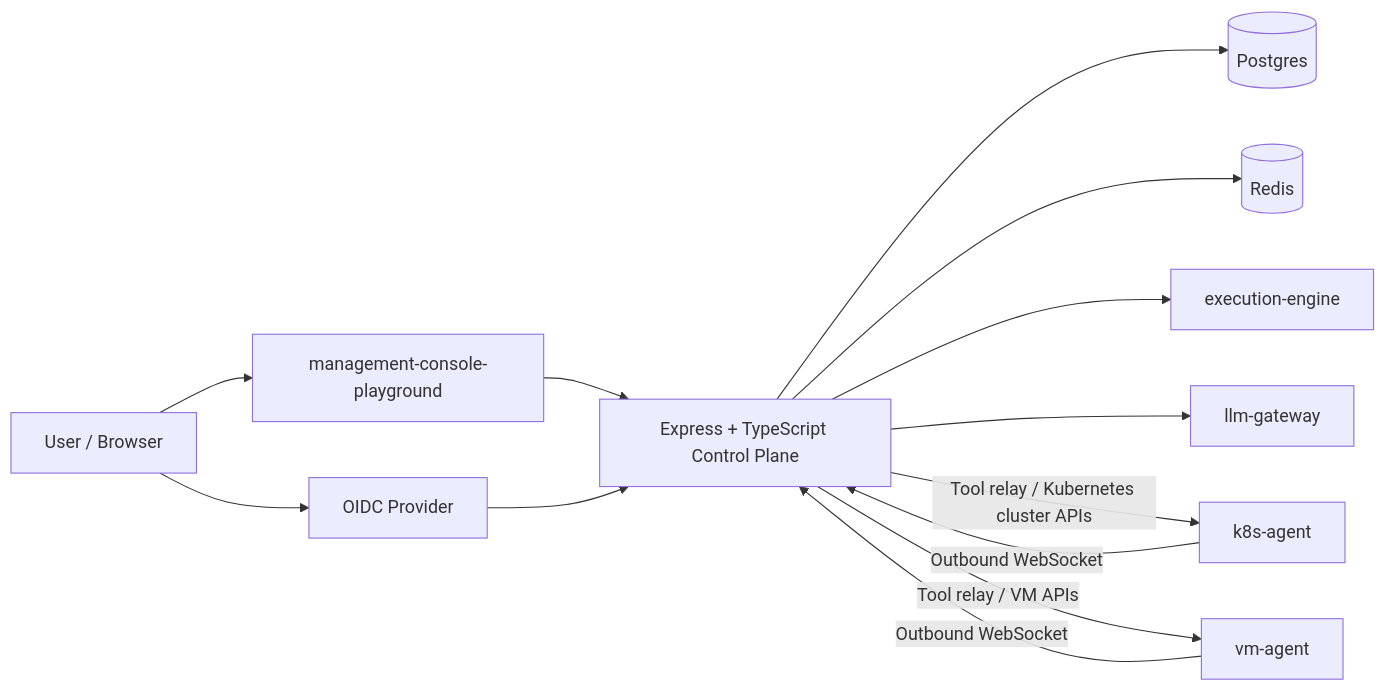
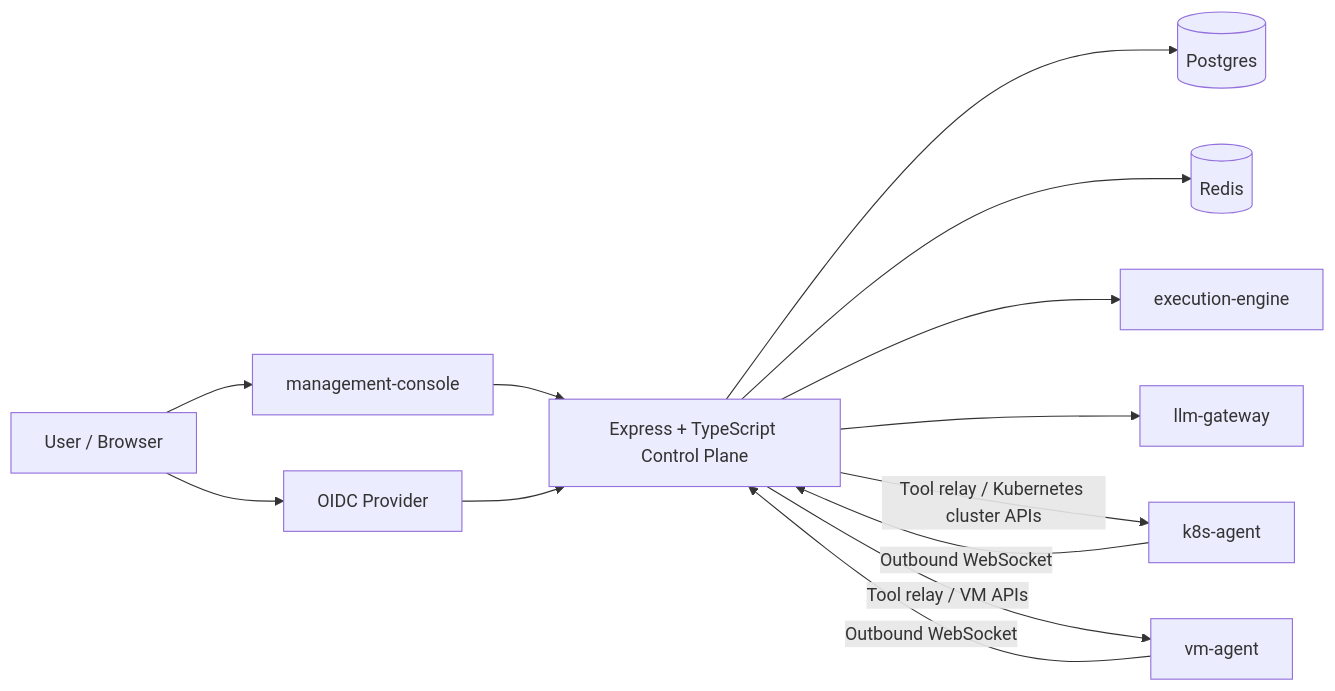
Before and after one commit to acornops/control-plane: the first of 2 diagrams in ARCHITECTURE.md, drawn with Mermaid. The commit also changed other lines of this file and 1 other file, not shown here.

Commit message:
docs: update repository references

````diff
--- a/ARCHITECTURE.md
+++ b/ARCHITECTURE.md
@@ -16,26 +16,26 @@
 ```mermaid
 flowchart LR
     User[User / Browser]
-    UI[management-console-playground]
+    UI[management-console]
     OIDC[OIDC Provider]
     CP[Express + TypeScript Control Plane]
     DB[(Postgres)]
     Redis[(Redis)]
     EE[execution-engine]
     Agent[k8s-agent]
     VMAgent[vm-agent]
     GW[llm-gateway]
 
     User --> UI
     UI --> CP
     User --> OIDC
     OIDC --> CP
     CP --> DB
     CP --> Redis
     CP --> EE
     CP --> GW
     Agent -->|Outbound WebSocket| CP
     CP -->|Tool relay / Kubernetes cluster APIs| Agent
     VMAgent -->|Outbound WebSocket| CP
     CP -->|Tool relay / VM APIs| VMAgent
 ```
````
